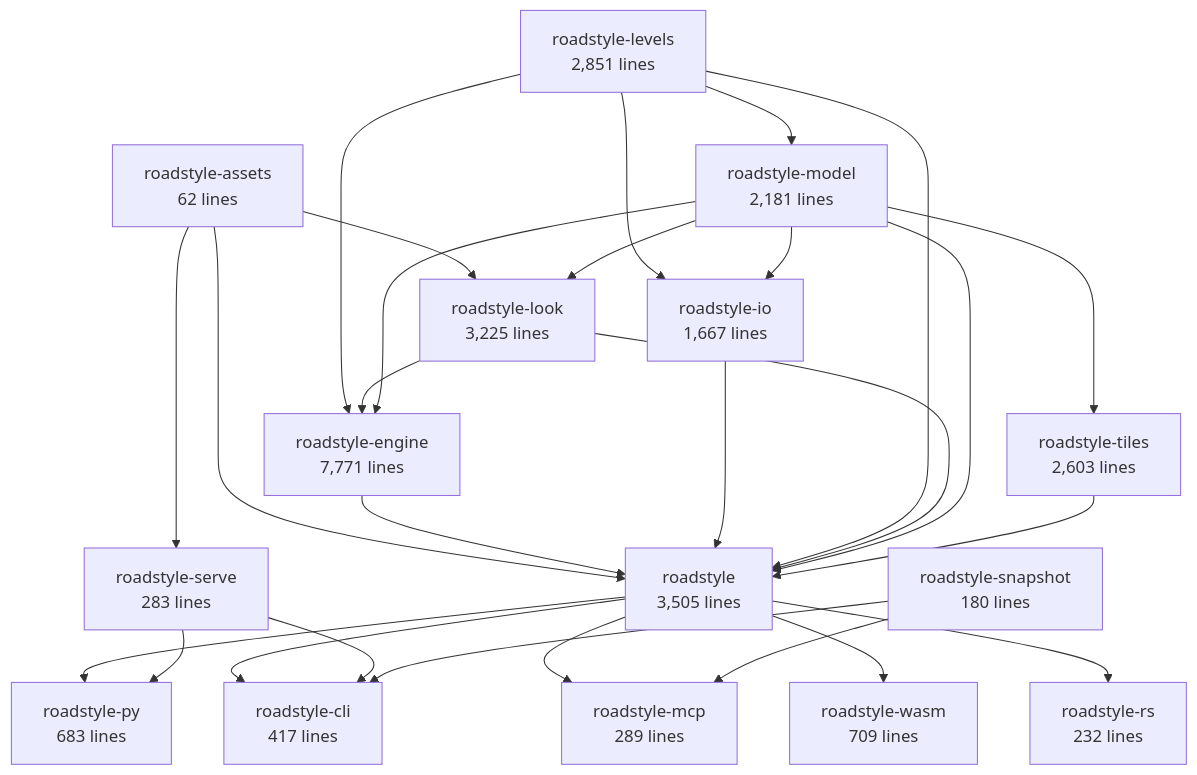
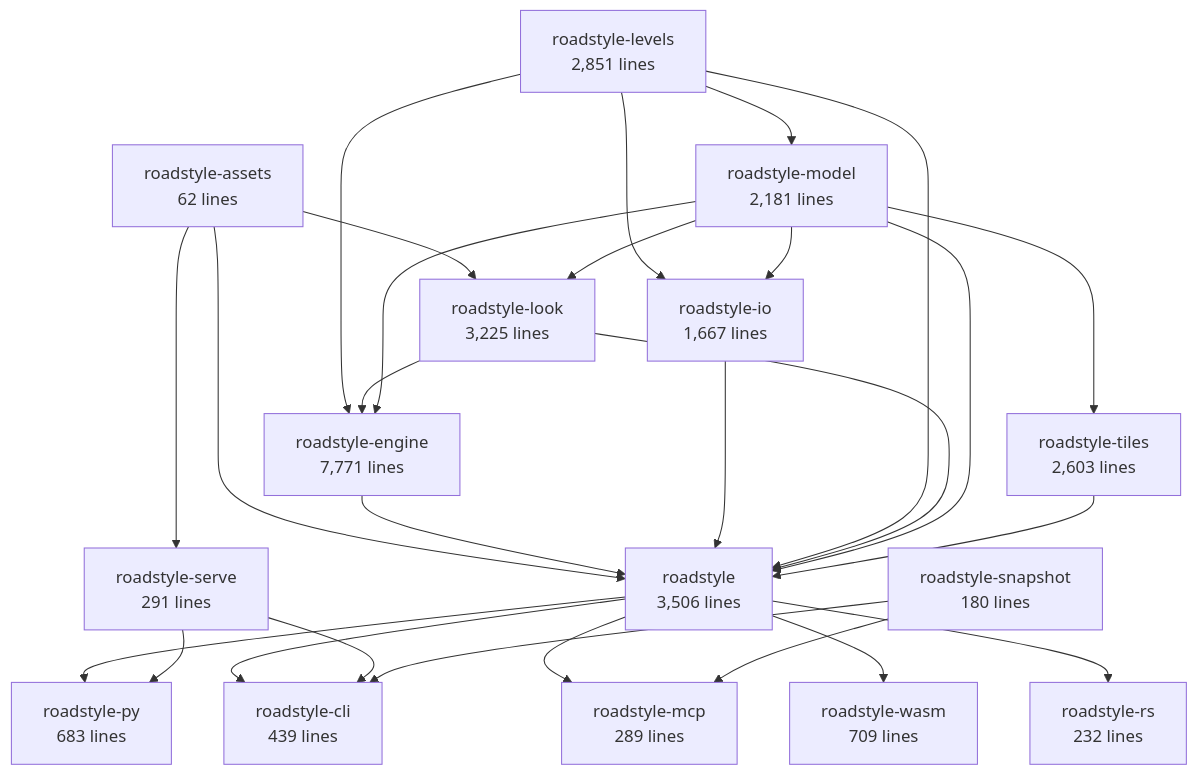
Before and after one commit to Khoshkhah/roadstyle: the second of 6 diagrams in docs/rust/architecture.md, drawn with Mermaid. The commit also changed other lines of this file and 6 other files, not shown here.

Commit message:
docs: Edit the levels (roadstyle levels edit AREA_DIR, levels make --boundary), the new editor screenshots (desktop and phone), the CLI entries and What is new in 0.26.0

````diff
--- a/docs/rust/architecture.md
+++ b/docs/rust/architecture.md
@@ -70,44 +70,44 @@
 ```mermaid
 flowchart TB
     roadstyle_assets["roadstyle-assets<br/>62 lines"]
     roadstyle_model["roadstyle-model<br/>2,181 lines"]
     roadstyle_look["roadstyle-look<br/>3,225 lines"]
     roadstyle_io["roadstyle-io<br/>1,667 lines"]
     roadstyle_levels["roadstyle-levels<br/>2,851 lines"]
     roadstyle_engine["roadstyle-engine<br/>7,771 lines"]
     roadstyle_tiles["roadstyle-tiles<br/>2,603 lines"]
-    roadstyle["roadstyle<br/>3,505 lines"]
+    roadstyle["roadstyle<br/>3,506 lines"]
     roadstyle_rs["roadstyle-rs<br/>232 lines"]
     roadstyle_wasm["roadstyle-wasm<br/>709 lines"]
     roadstyle_py["roadstyle-py<br/>683 lines"]
-    roadstyle_cli["roadstyle-cli<br/>417 lines"]
+    roadstyle_cli["roadstyle-cli<br/>439 lines"]
     roadstyle_mcp["roadstyle-mcp<br/>289 lines"]
-    roadstyle_serve["roadstyle-serve<br/>283 lines"]
+    roadstyle_serve["roadstyle-serve<br/>291 lines"]
     roadstyle_snapshot["roadstyle-snapshot<br/>180 lines"]
     roadstyle_levels --> roadstyle_model
     roadstyle_assets --> roadstyle_look
     roadstyle_model --> roadstyle_look
     roadstyle_levels --> roadstyle_io
     roadstyle_model --> roadstyle_io
     roadstyle_levels --> roadstyle_engine
     roadstyle_look --> roadstyle_engine
     roadstyle_model --> roadstyle_engine
     roadstyle_model --> roadstyle_tiles
     roadstyle_assets --> roadstyle
     roadstyle_engine --> roadstyle
     roadstyle_io --> roadstyle
     roadstyle_levels --> roadstyle
     roadstyle_look --> roadstyle
     roadstyle_model --> roadstyle
     roadstyle_tiles --> roadstyle
     roadstyle --> roadstyle_rs
     roadstyle --> roadstyle_wasm
     roadstyle --> roadstyle_py
     roadstyle_serve --> roadstyle_py
     roadstyle --> roadstyle_cli
     roadstyle_serve --> roadstyle_cli
     roadstyle_snapshot --> roadstyle_cli
     roadstyle --> roadstyle_mcp
     roadstyle_snapshot --> roadstyle_mcp
     roadstyle_assets --> roadstyle_serve
 ```
````
